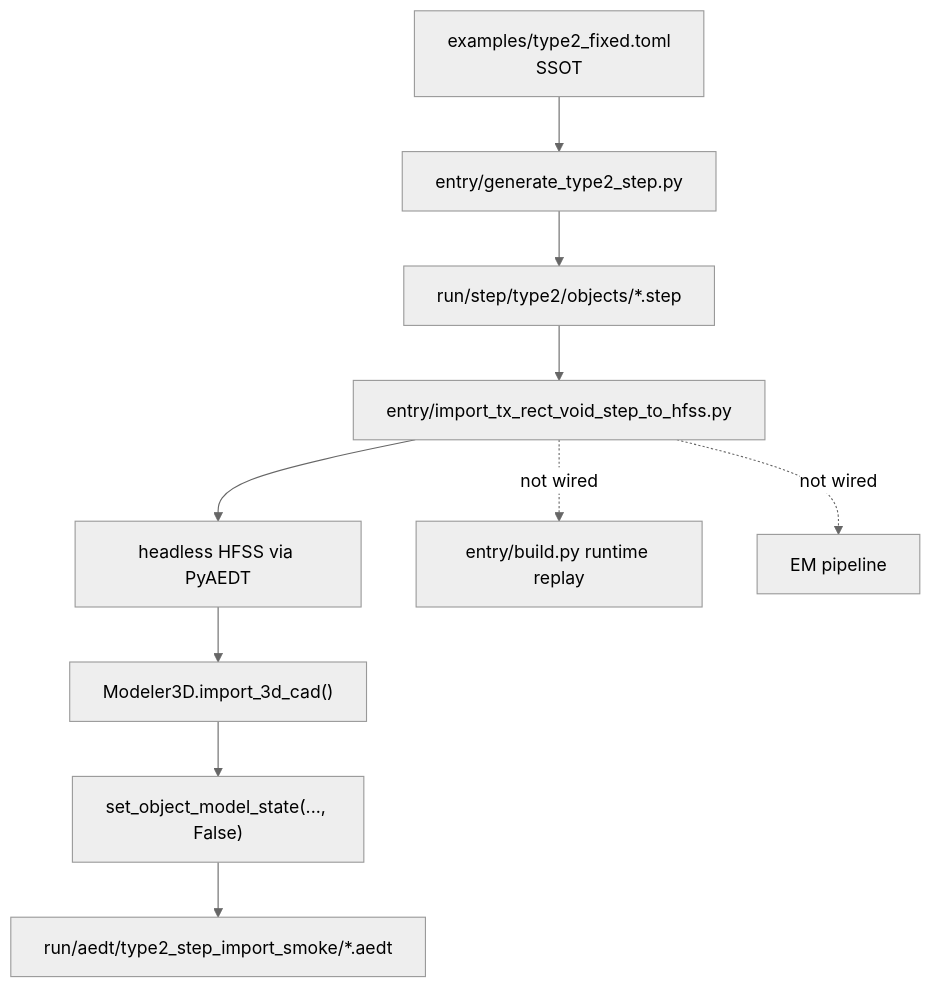
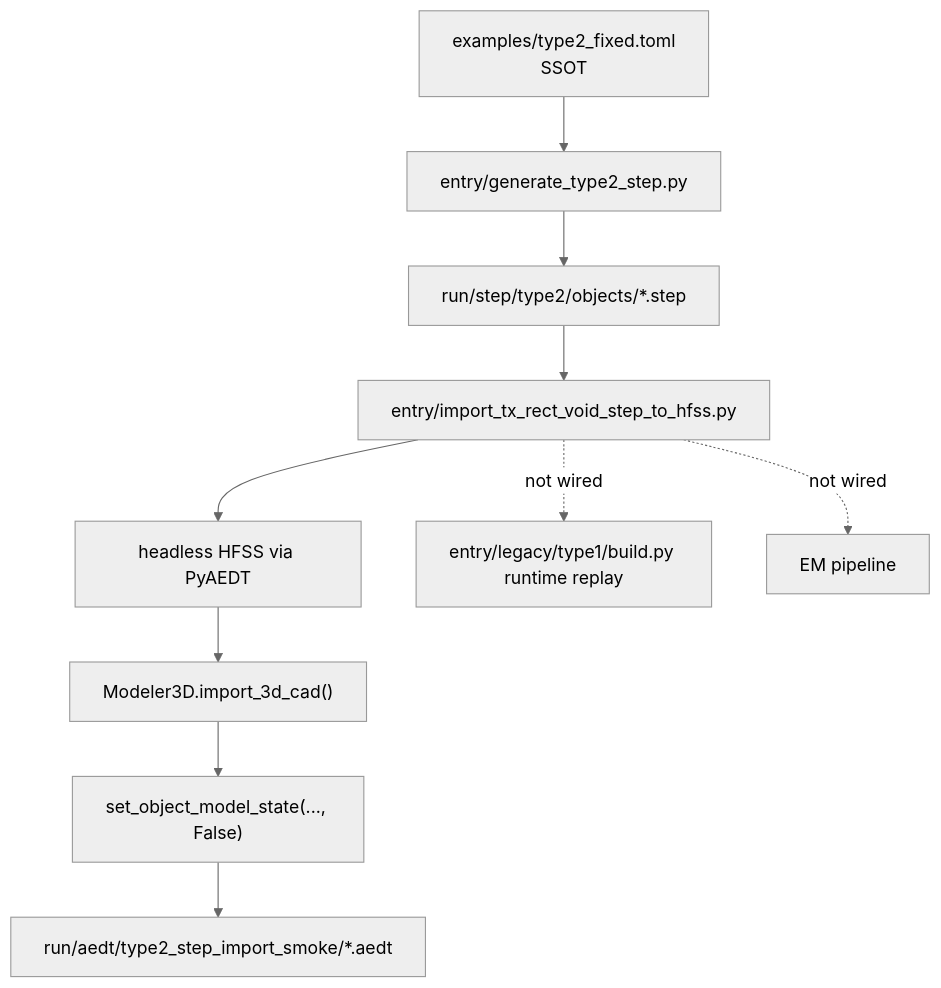
The second of 2 diagrams in sdd/diagrams/sample-build-flow.md (Glaysia/peetsfea), drawn with Mermaid (neutral theme) before and after one commit. The commit also changed other lines of this file and 221 other files, not shown here.

Commit message:
Isolate type1 behind explicit legacy paths

````diff
--- a/sdd/diagrams/sample-build-flow.md
+++ b/sdd/diagrams/sample-build-flow.md
@@ -43,23 +43,23 @@
 ```mermaid
 flowchart TD
     Type2Toml["examples/type2_fixed.toml\nSSOT"]
     StepExport["entry/generate_type2_step.py"]
     StepArtifact["run/step/type2/objects/*.step"]
     SmokeImport["entry/import_tx_rect_void_step_to_hfss.py"]
     HeadlessHfss["headless HFSS via PyAEDT"]
     ImportCad["Modeler3D.import_3d_cad()"]
     NonModelState["set_object_model_state(..., False)"]
     SmokeAedt["run/aedt/type2_step_import_smoke/*.aedt"]
-    RuntimeBuild["entry/build.py runtime replay"]
+    RuntimeBuild["entry/legacy/type1/build.py runtime replay"]
     EmRuntime["EM pipeline"]
 
     Type2Toml --> StepExport
     StepExport --> StepArtifact
     StepArtifact --> SmokeImport
     SmokeImport --> HeadlessHfss
     HeadlessHfss --> ImportCad
     ImportCad --> NonModelState
     NonModelState --> SmokeAedt
     SmokeImport -. not wired .-> RuntimeBuild
     SmokeImport -. not wired .-> EmRuntime
 ```
````
